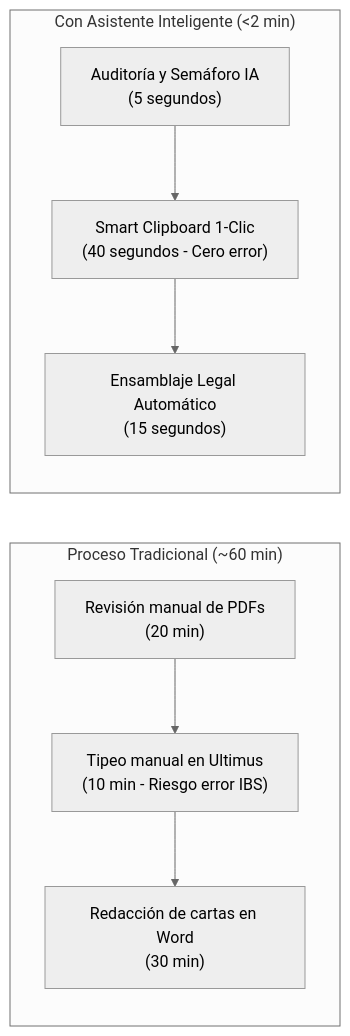
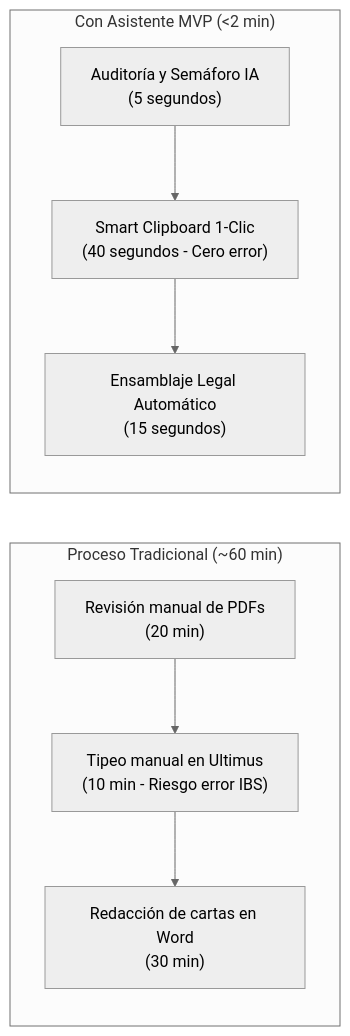
Before and after one commit to RBlasser/cda-celulas: the first of 4 diagrams in formalizacion-pp/design/diseno-arquitectura-asistente-formalizacion.md, drawn with Mermaid (neutral theme). The commit also changed other lines of this file and 1 other file, not shown here.

````diff
--- a/formalizacion-pp/design/diseno-arquitectura-asistente-formalizacion.md
+++ b/formalizacion-pp/design/diseno-arquitectura-asistente-formalizacion.md
@@ -33,14 +33,14 @@
 ```mermaid
 flowchart LR
     subgraph ANTES ["Proceso Tradicional (~60 min)"]
         direction TB
         A1["Revisión manual de PDFs<br>(20 min)"] --> A2["Tipeo manual en Ultimus<br>(10 min - Riesgo error IBS)"]
         A2 --> A3["Redacción de cartas en Word<br>(30 min)"]
     end
 
-    subgraph DESPUES ["Con Asistente Inteligente (<2 min)"]
+    subgraph DESPUES ["Con Asistente MVP (<2 min)"]
         direction TB
         B1["Auditoría y Semáforo IA<br>(5 segundos)"] --> B2["Smart Clipboard 1-Clic<br>(40 segundos - Cero error)"]
         B2 --> B3["Ensamblaje Legal Automático<br>(15 segundos)"]
     end
 ```
````
